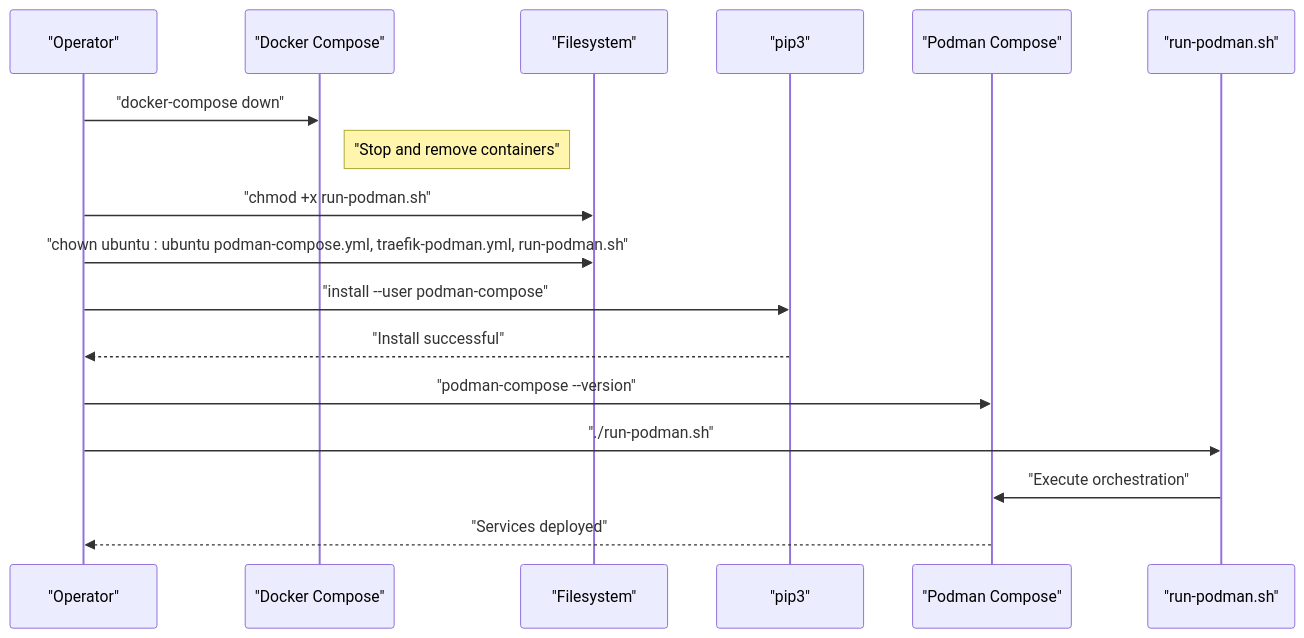
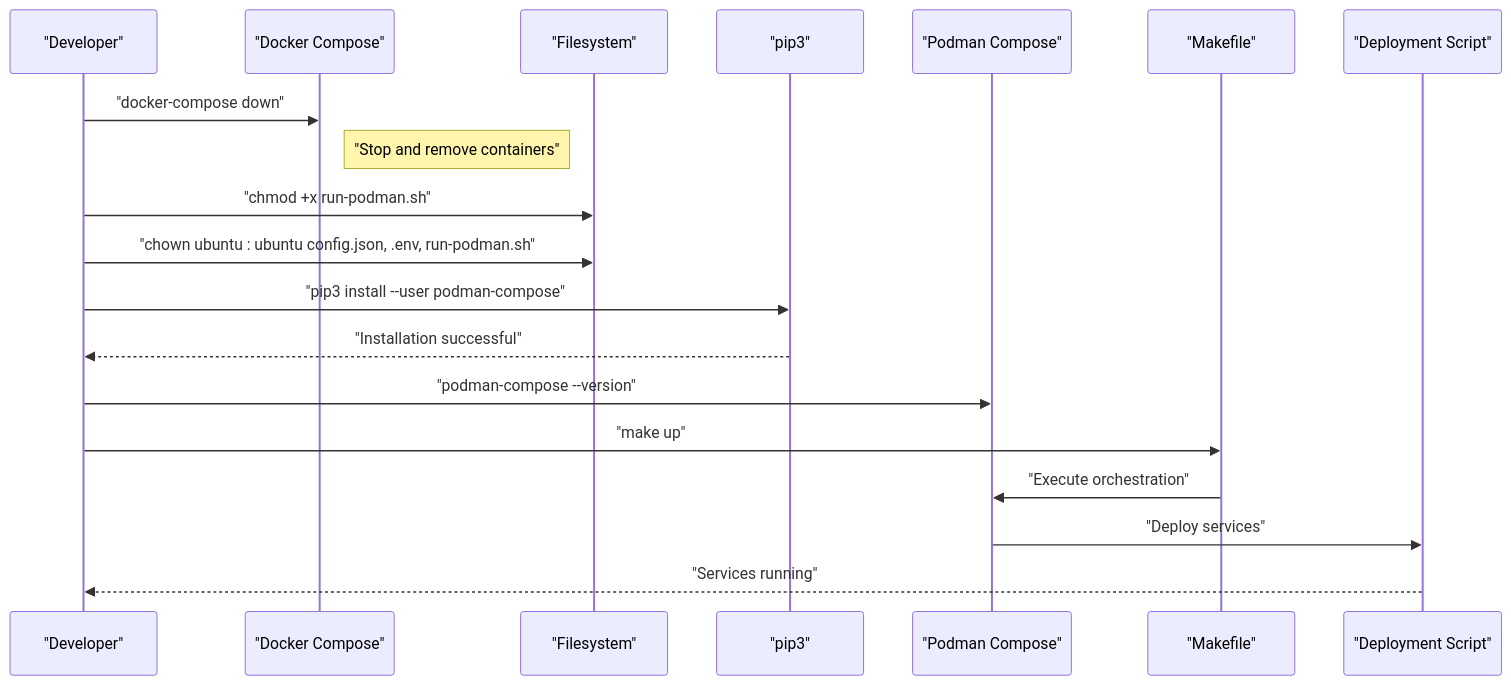
The first of 2 diagrams in .qoder/repowiki/en/content/Migration Process.md (pnandasa-aide/gluesync-cli), drawn with Mermaid before and after one commit. The commit also changed other lines of this file and 97 other files, not shown here.

````diff
--- a/.qoder/repowiki/en/content/Migration Process.md
+++ b/.qoder/repowiki/en/content/Migration Process.md
@@ -66,19 +118,21 @@
 ```mermaid
 sequenceDiagram
-participant User as "Operator"
+participant User as "Developer"
 participant Docker as "Docker Compose"
 participant FS as "Filesystem"
 participant Pip as "pip3"
 participant PC as "Podman Compose"
-participant Script as "run-podman.sh"
+participant Make as "Makefile"
+participant Script as "Deployment Script"
 User->>Docker : "docker-compose down"
 Note right of Docker : "Stop and remove containers"
 User->>FS : "chmod +x run-podman.sh"
-User->>FS : "chown ubuntu : ubuntu podman-compose.yml, traefik-podman.yml, run-podman.sh"
-User->>Pip : "install --user podman-compose"
-Pip-->>User : "Install successful"
+User->>FS : "chown ubuntu : ubuntu config.json, .env, run-podman.sh"
+User->>Pip : "pip3 install --user podman-compose"
+Pip-->>User : "Installation successful"
 User->>PC : "podman-compose --version"
-User->>Script : "./run-podman.sh"
-Script->>PC : "Execute orchestration"
-PC-->>User : "Services deployed"
+User->>Make : "make up"
+Make->>PC : "Execute orchestration"
+PC->>Script : "Deploy services"
+Script-->>User : "Services running"
 ```
````
